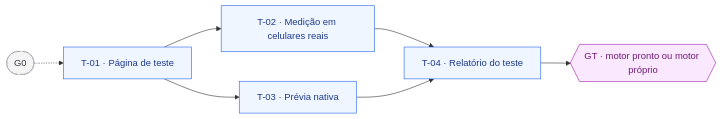
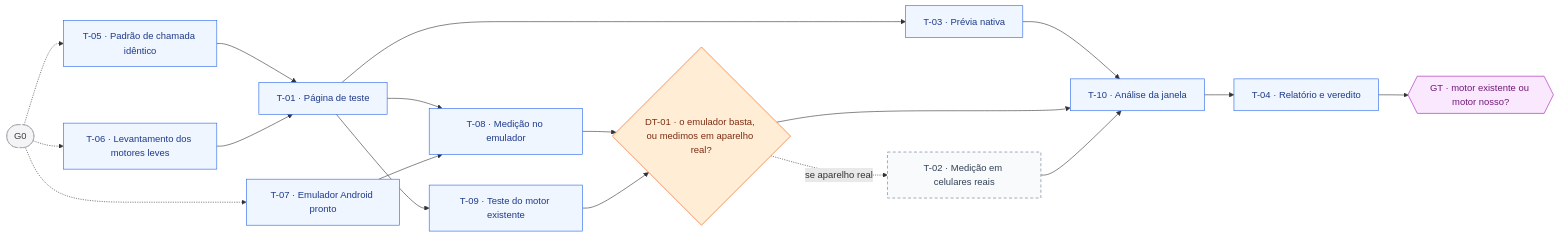
The third of 9 diagrams in ROADMAP.md (frederico-kluser/som-webcore), drawn with Mermaid before and after one commit. The commit also changed other lines of this file and 4 other files, not shown here.

First line of the commit message:
docs(roadmap): API igual à do Chrome, bifurcações e prompts (#7)

````diff
--- a/ROADMAP.md
+++ b/ROADMAP.md
@@ -200,20 +294,41 @@
 ```mermaid
 flowchart LR
     G0(["G0"]):::ext
+    T05["T-05 · Padrão de chamada idêntico"]:::todo
+    T06["T-06 · Levantamento dos motores leves"]:::todo
+    T07["T-07 · Emulador Android pronto"]:::todo
     T01["T-01 · Página de teste"]:::todo
-    T02["T-02 · Medição em celulares reais"]:::todo
+    T08["T-08 · Medição no emulador"]:::todo
+    T09["T-09 · Teste do motor existente"]:::todo
     T03["T-03 · Prévia nativa"]:::todo
-    T04["T-04 · Relatório do teste"]:::todo
-    GT{{"GT · motor pronto ou motor próprio"}}:::gate
-    G0 -.-> T01
-    T01 --> T02
+    DT01{"DT-01 · o emulador basta, ou medimos em aparelho real?"}:::fork
+    T02["T-02 · Medição em celulares reais"]:::opt
+    T10["T-10 · Análise da janela"]:::todo
+    T04["T-04 · Relatório e veredito"]:::todo
+    GT{{"GT · motor existente ou motor nosso?"}}:::gate
+    G0 -.-> T05
+    G0 -.-> T06
+    G0 -.-> T07
+    T05 --> T01
+    T06 --> T01
+    T01 --> T08
+    T07 --> T08
+    T01 --> T09
     T01 --> T03
-    T02 --> T04
-    T03 --> T04
+    T08 --> DT01
+    T09 --> DT01
+    DT01 -.->|"se aparelho real"| T02
+    T03 --> T10
+    DT01 --> T10
+    T02 --> T10
+    T10 --> T04
     T04 --> GT
     classDef done fill:#dcfce7,stroke:#16a34a,color:#14532d;
     classDef doing fill:#fef9c3,stroke:#ca8a04,color:#713f12;
     classDef todo fill:#eff6ff,stroke:#2563eb,color:#1e3a8a;
     classDef gate fill:#fae8ff,stroke:#a21caf,color:#701a75;
+    classDef fork fill:#ffedd5,stroke:#ea580c,color:#7c2d12;
+    classDef opt fill:#f8fafc,stroke:#64748b,color:#334155,stroke-dasharray: 5 4;
+    classDef off fill:#f4f4f5,stroke:#d4d4d8,color:#a1a1aa;
     classDef ext fill:#f4f4f5,stroke:#a1a1aa,color:#3f3f46,stroke-dasharray: 4 3;
 ```
````
